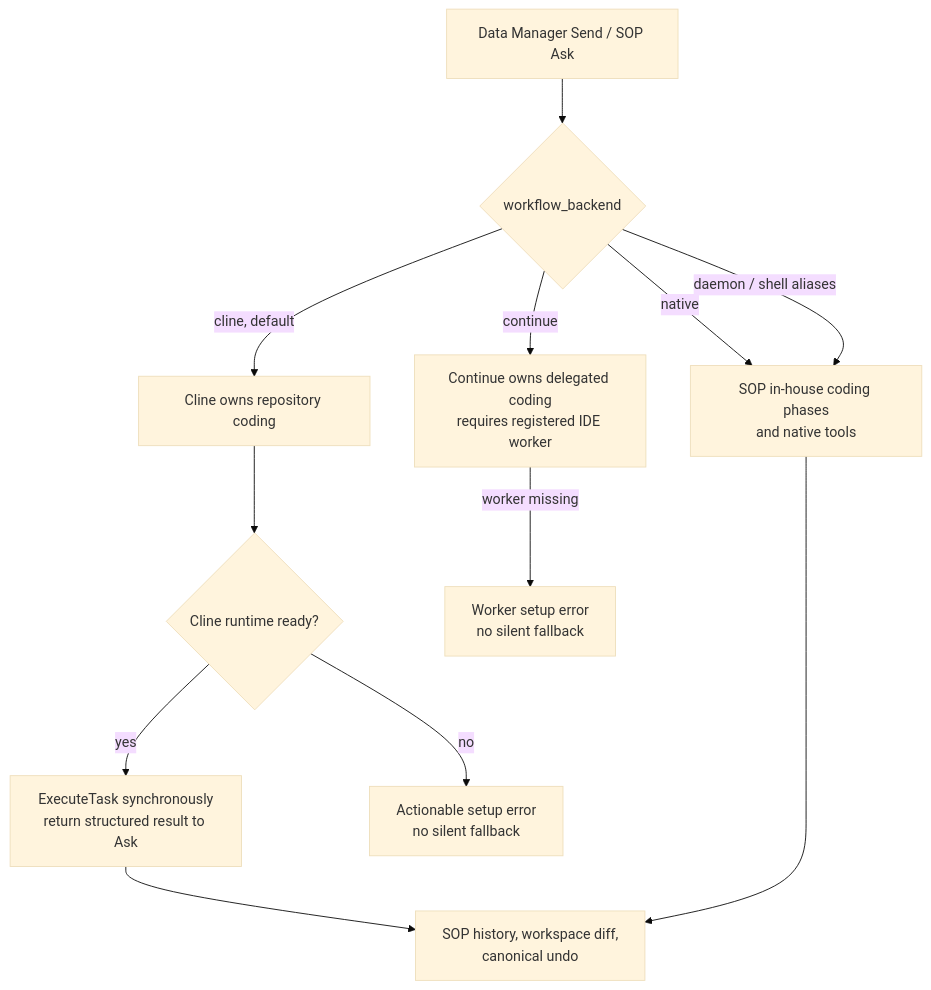
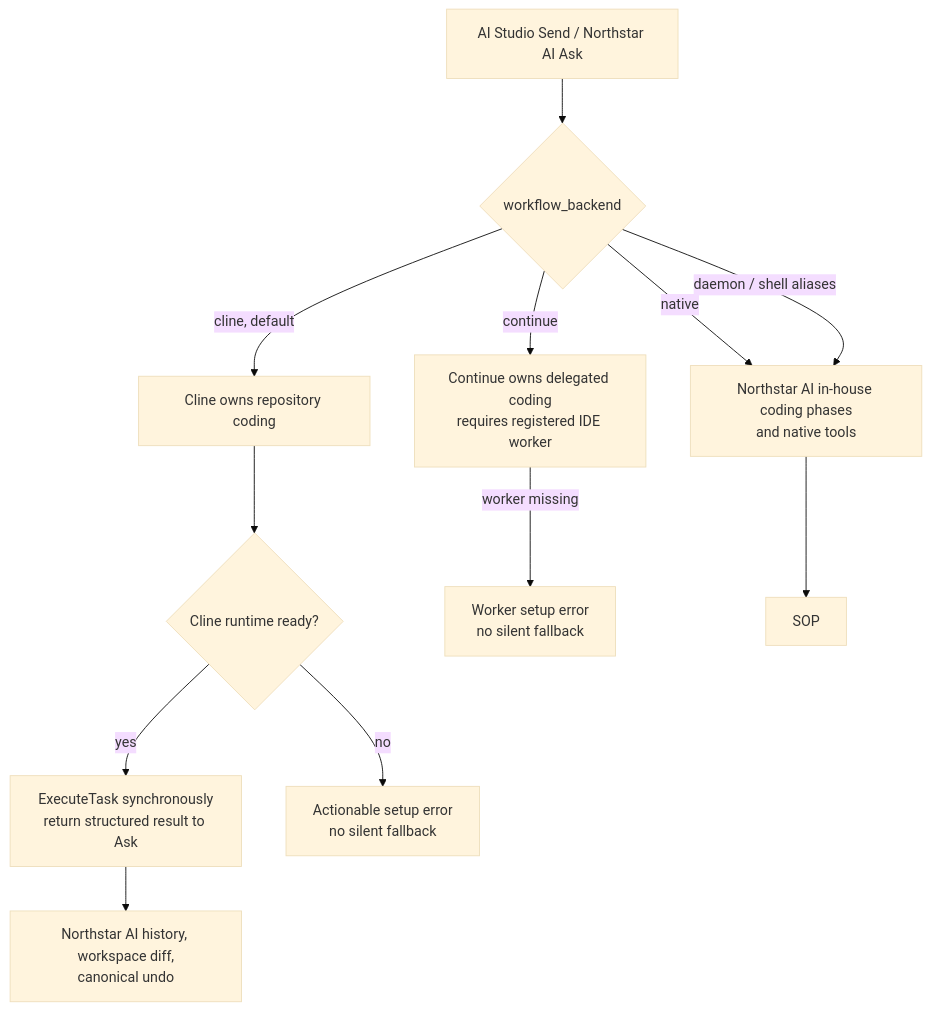
The first of 2 diagrams in docs/CLINE_COPILOT_INTEGRATION_PLAN.md (grecinto/sop), drawn with Mermaid (base theme) before and after one commit. The commit also changed other lines of this file and 50 other files, not shown here.

Commit message:
Rebranded: Northstar AI, Joltrin SDK, AI Studio

````diff
--- a/docs/CLINE_COPILOT_INTEGRATION_PLAN.md
+++ b/docs/CLINE_COPILOT_INTEGRATION_PLAN.md
@@ -21,14 +21,14 @@
 ```mermaid
 flowchart TD
-    ASK[Data Manager Send / SOP Ask] --> SELECT{workflow_backend}
+    ASK[AI Studio Send / Northstar AI Ask] --> SELECT{workflow_backend}
     SELECT -->|cline, default| CLINE[Cline owns repository coding]
     CLINE --> READY{Cline runtime ready?}
     READY -->|yes| EXEC[ExecuteTask synchronously<br/>return structured result to Ask]
     READY -->|no| ERROR[Actionable setup error<br/>no silent fallback]
     SELECT -->|continue| CONTINUE[Continue owns delegated coding<br/>requires registered IDE worker]
     CONTINUE -->|worker missing| CERROR[Worker setup error<br/>no silent fallback]
-    SELECT -->|native| NATIVE[SOP in-house coding phases<br/>and native tools]
+    SELECT -->|native| NATIVE[Northstar AI in-house coding phases<br/>and native tools]
     SELECT -->|daemon / shell aliases| NATIVE
-    EXEC --> SOP[SOP history, workspace diff,<br/>canonical undo]
+    EXEC --> NORTHSTAR[Northstar AI history, workspace diff,<br/>canonical undo]
     NATIVE --> SOP
 ```
````
